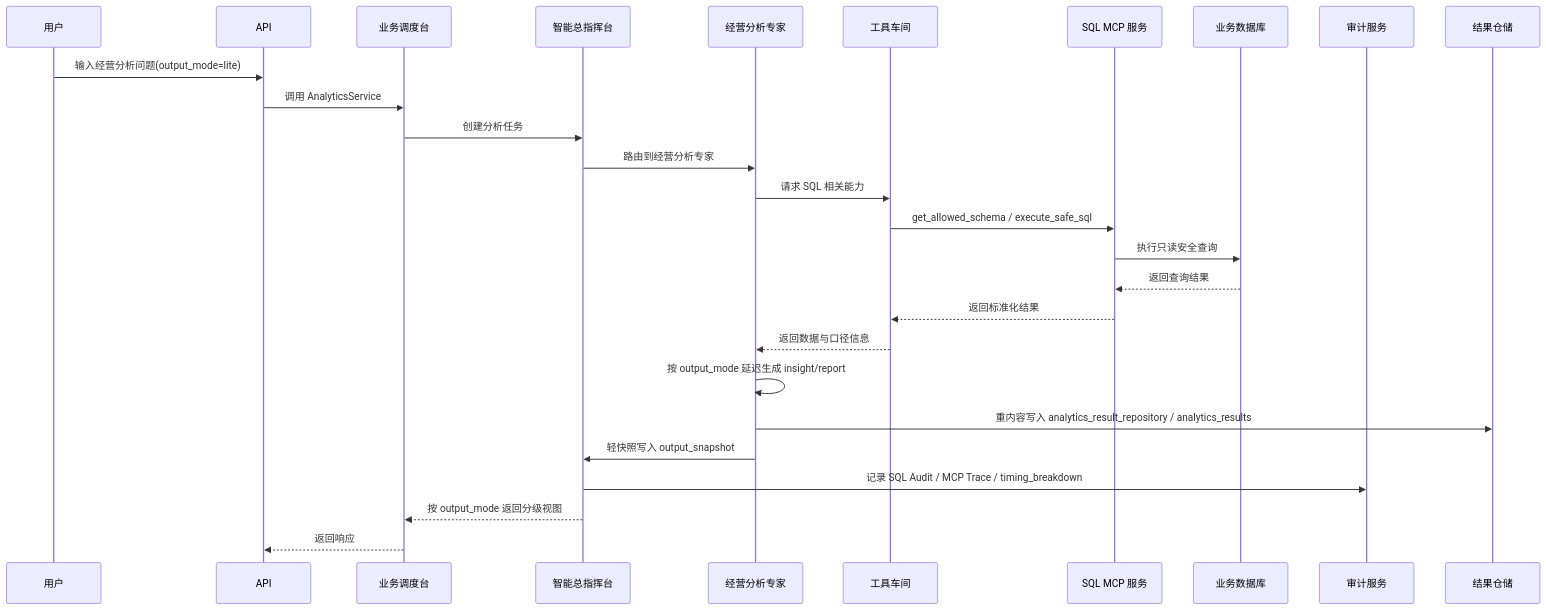
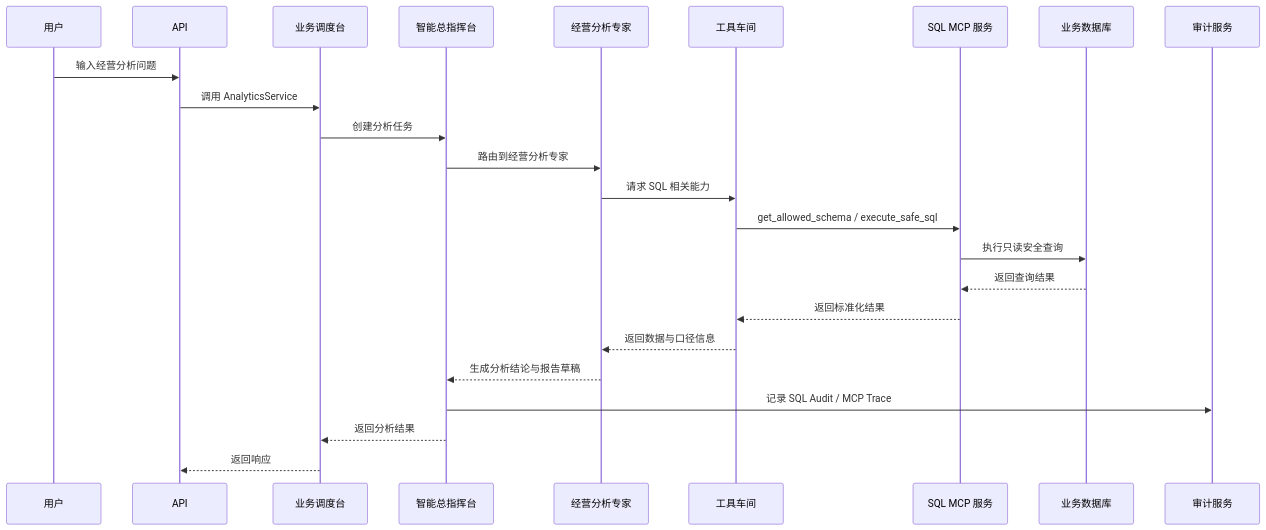
One commit to zhangzhijin1018/enterprise-knowledge-agentic-rag changed the ninth of 10 diagrams in docs/ARCHITECTURE.md. Above: the diagram before and after it, drawn with Mermaid. The commit also changed other lines of this file and 31 other files, not shown here.

````diff
--- a/docs/ARCHITECTURE.md
+++ b/docs/ARCHITECTURE.md
@@ -1604,30 +1409,27 @@
 ```mermaid
 sequenceDiagram
     participant User as 用户
     participant API as API
     participant APP as 业务调度台
     participant Control as 智能总指挥台
     participant Analytics as 经营分析专家
     participant Fabric as 工具车间
     participant MCP as SQL MCP 服务
     participant DB as 业务数据库
     participant Trace as 审计服务
-    participant ResultRepo as 结果仓储
 
-    User->>API: 输入经营分析问题(output_mode=lite)
+    User->>API: 输入经营分析问题
     API->>APP: 调用 AnalyticsService
     APP->>Control: 创建分析任务
     Control->>Analytics: 路由到经营分析专家
     Analytics->>Fabric: 请求 SQL 相关能力
     Fabric->>MCP: get_allowed_schema / execute_safe_sql
     MCP->>DB: 执行只读安全查询
     DB-->>MCP: 返回查询结果
     MCP-->>Fabric: 返回标准化结果
     Fabric-->>Analytics: 返回数据与口径信息
-    Analytics->>Analytics: 按 output_mode 延迟生成 insight/report
-    Analytics->>ResultRepo: 重内容写入 analytics_result_repository / analytics_results
-    Analytics->>Control: 轻快照写入 output_snapshot
-    Control->>Trace: 记录 SQL Audit / MCP Trace / timing_breakdown
-    Control-->>APP: 按 output_mode 返回分级视图
+    Analytics-->>Control: 生成分析结论与报告草稿
+    Control->>Trace: 记录 SQL Audit / MCP Trace
+    Control-->>APP: 返回分析结果
     APP-->>API: 返回响应
 ```
````
